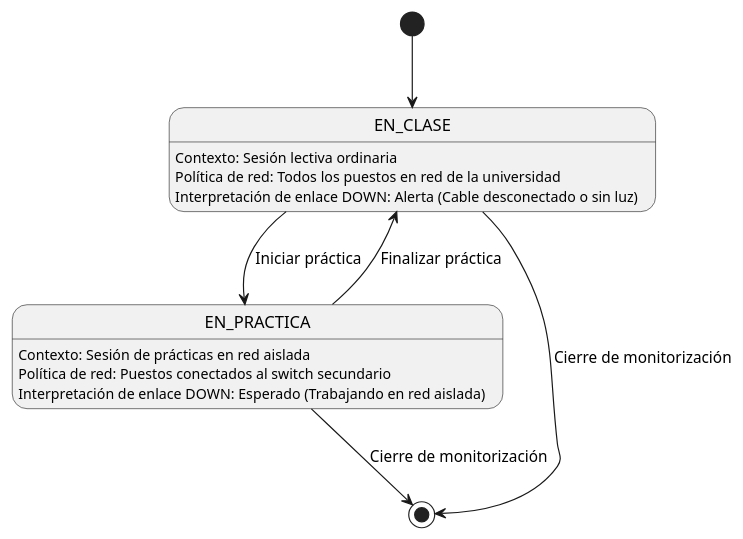
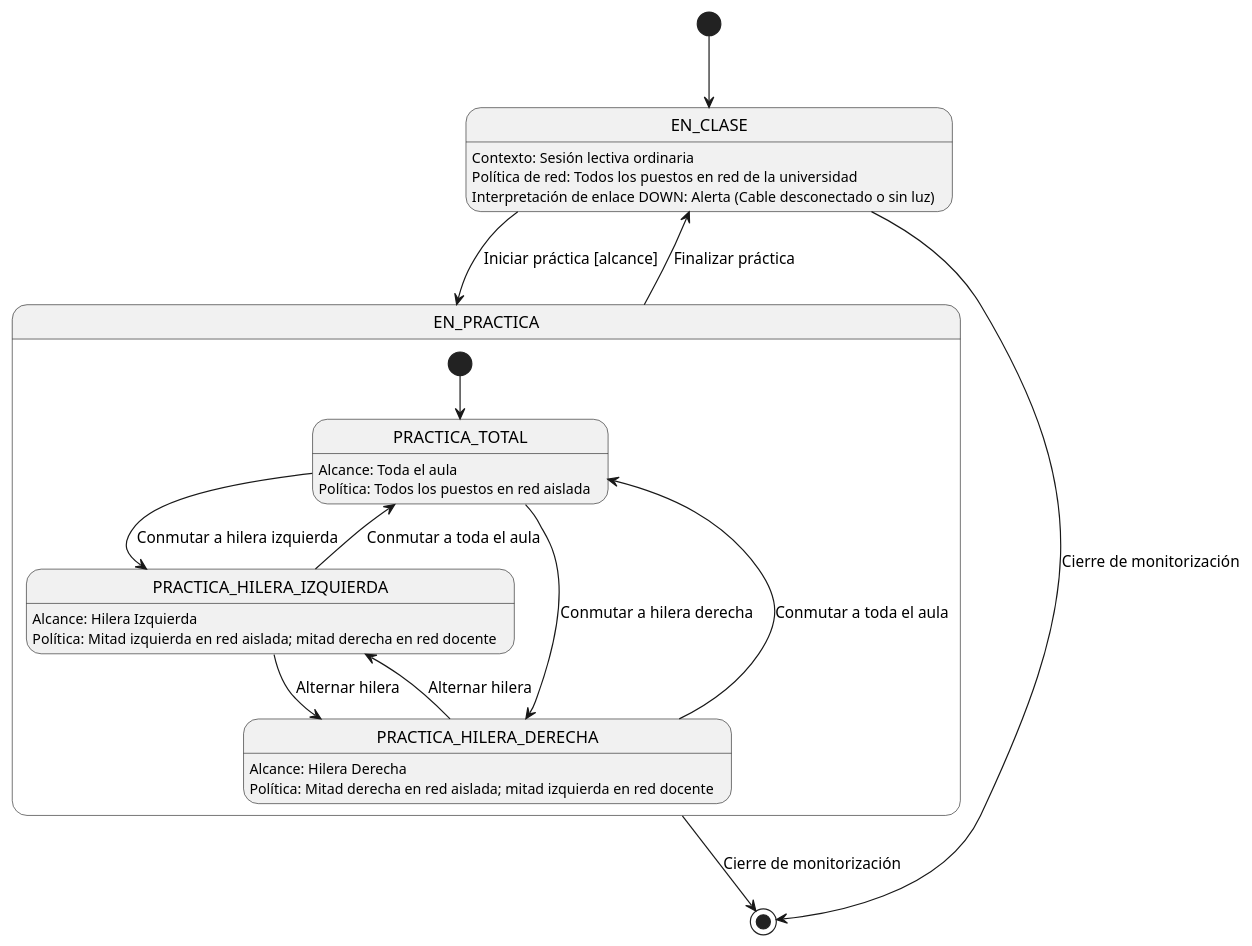
One commit to Carlos-Lima2510/mesh-panel changed the diagram in RUP/00-modelo-del-dominio/diagrama-estados/diagrama-estados-laboratorio.puml. Above: the diagram before and after it, drawn with PlantUML. The commit also changed 23 other files, not shown here.

Commit message:
feat(practica): soportar ambitos de aula hibrida en cambiarModo y adaptar frontend

```diff
--- a/RUP/00-modelo-del-dominio/diagrama-estados/diagrama-estados-laboratorio.puml
+++ b/RUP/00-modelo-del-dominio/diagrama-estados/diagrama-estados-laboratorio.puml
@@ -1,24 +1,44 @@
 @startuml diagrama-estados-laboratorio
 
 [*] --> EN_CLASE 
 
 state EN_CLASE {
     EN_CLASE : Contexto: Sesión lectiva ordinaria
     EN_CLASE : Política de red: Todos los puestos en red de la universidad
     EN_CLASE : Interpretación de enlace DOWN: Alerta (Cable desconectado o sin luz)
 }
 
 state EN_PRACTICA {
-    EN_PRACTICA : Contexto: Sesión de prácticas en red aislada
-    EN_PRACTICA : Política de red: Puestos conectados al switch secundario
-    EN_PRACTICA : Interpretación de enlace DOWN: Esperado (Trabajando en red aislada)
+    [*] --> PRACTICA_TOTAL
+
+    state PRACTICA_TOTAL {
+        PRACTICA_TOTAL : Alcance: Toda el aula
+        PRACTICA_TOTAL : Política: Todos los puestos en red aislada
+    }
+
+    state PRACTICA_HILERA_IZQUIERDA {
+        PRACTICA_HILERA_IZQUIERDA : Alcance: Hilera Izquierda
+        PRACTICA_HILERA_IZQUIERDA : Política: Mitad izquierda en red aislada; mitad derecha en red docente
+    }
+
+    state PRACTICA_HILERA_DERECHA {
+        PRACTICA_HILERA_DERECHA : Alcance: Hilera Derecha
+        PRACTICA_HILERA_DERECHA : Política: Mitad derecha en red aislada; mitad izquierda en red docente
+    }
+
+    PRACTICA_TOTAL --> PRACTICA_HILERA_IZQUIERDA : Conmutar a hilera izquierda
+    PRACTICA_TOTAL --> PRACTICA_HILERA_DERECHA : Conmutar a hilera derecha
+    PRACTICA_HILERA_IZQUIERDA --> PRACTICA_TOTAL : Conmutar a toda el aula
+    PRACTICA_HILERA_DERECHA --> PRACTICA_TOTAL : Conmutar a toda el aula
+    PRACTICA_HILERA_IZQUIERDA --> PRACTICA_HILERA_DERECHA : Alternar hilera
+    PRACTICA_HILERA_DERECHA --> PRACTICA_HILERA_IZQUIERDA : Alternar hilera
 }
 
-EN_CLASE --> EN_PRACTICA : Iniciar práctica
+EN_CLASE --> EN_PRACTICA : Iniciar práctica [alcance]
 
 EN_PRACTICA --> EN_CLASE : Finalizar práctica
 
 EN_CLASE --> [*] : Cierre de monitorización
 EN_PRACTICA --> [*] : Cierre de monitorización
 
 @enduml
```
